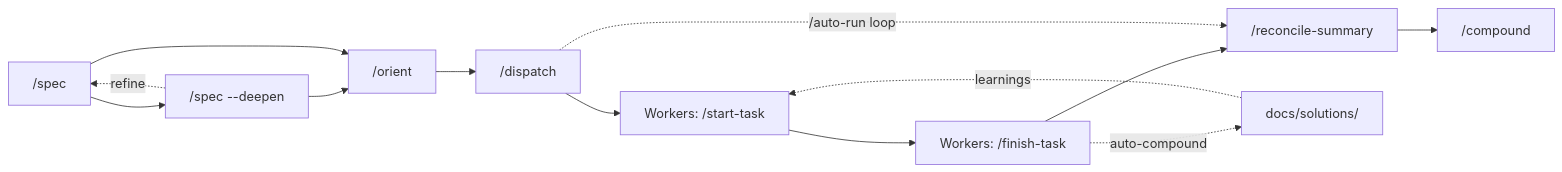
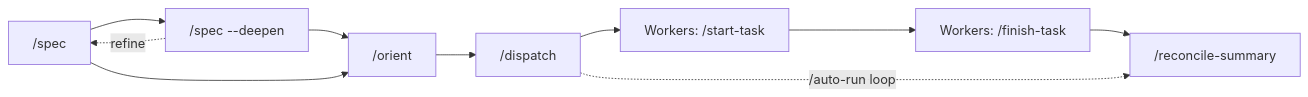
Before and after one commit to josephneumann/claude-config: the diagram in README.md, drawn with Mermaid. The commit also changed other lines of this file and 14 other files, not shown here.

````diff
--- a/README.md
+++ b/README.md
@@ -78,15 +77,12 @@
 ```mermaid
 graph LR
     A["/spec"] --> B["/spec --deepen"]
     B -.->|"refine"| A
     B --> D["/orient"]
     A --> D
     D --> E["/dispatch"]
     E --> F["Workers: /start-task"]
     F --> G["Workers: /finish-task"]
     G --> H["/reconcile-summary"]
-    G -.->|"auto-compound"| K["docs/solutions/"]
-    K -.->|"learnings"| F
-    H --> I["/compound"]
     E -.->|"/auto-run loop"| H
 ```
````
